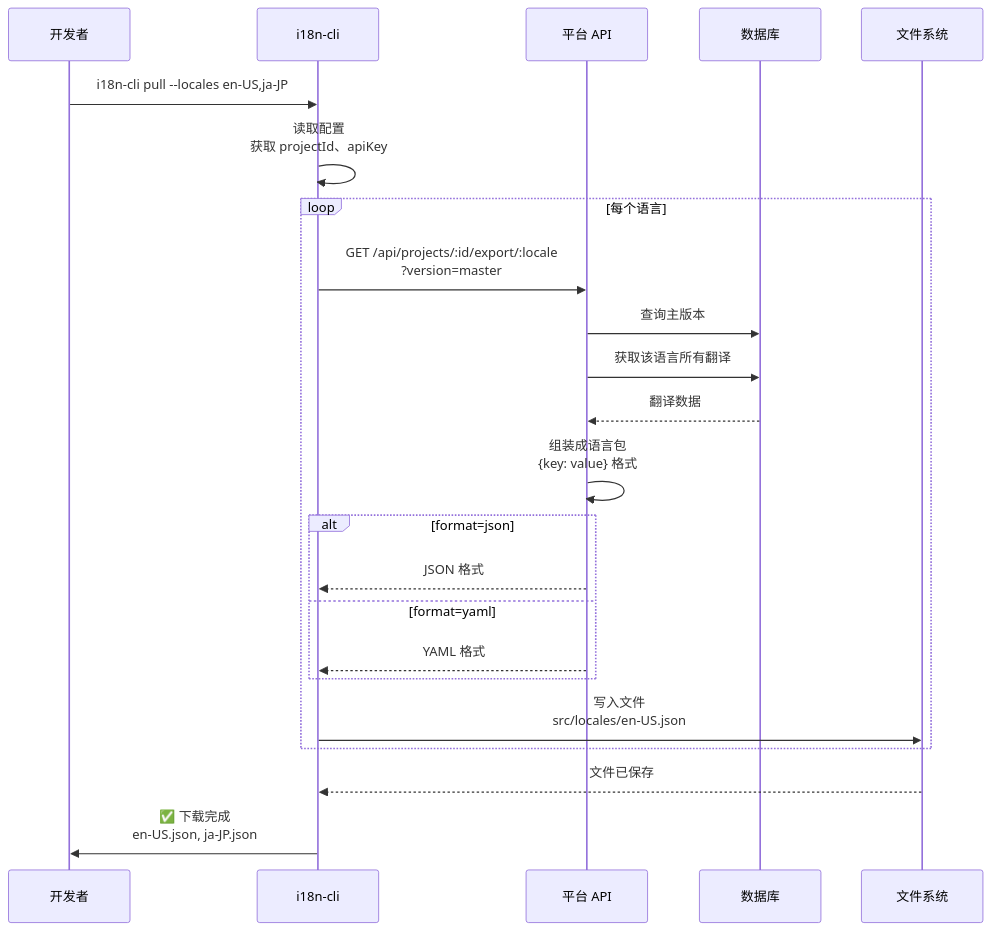
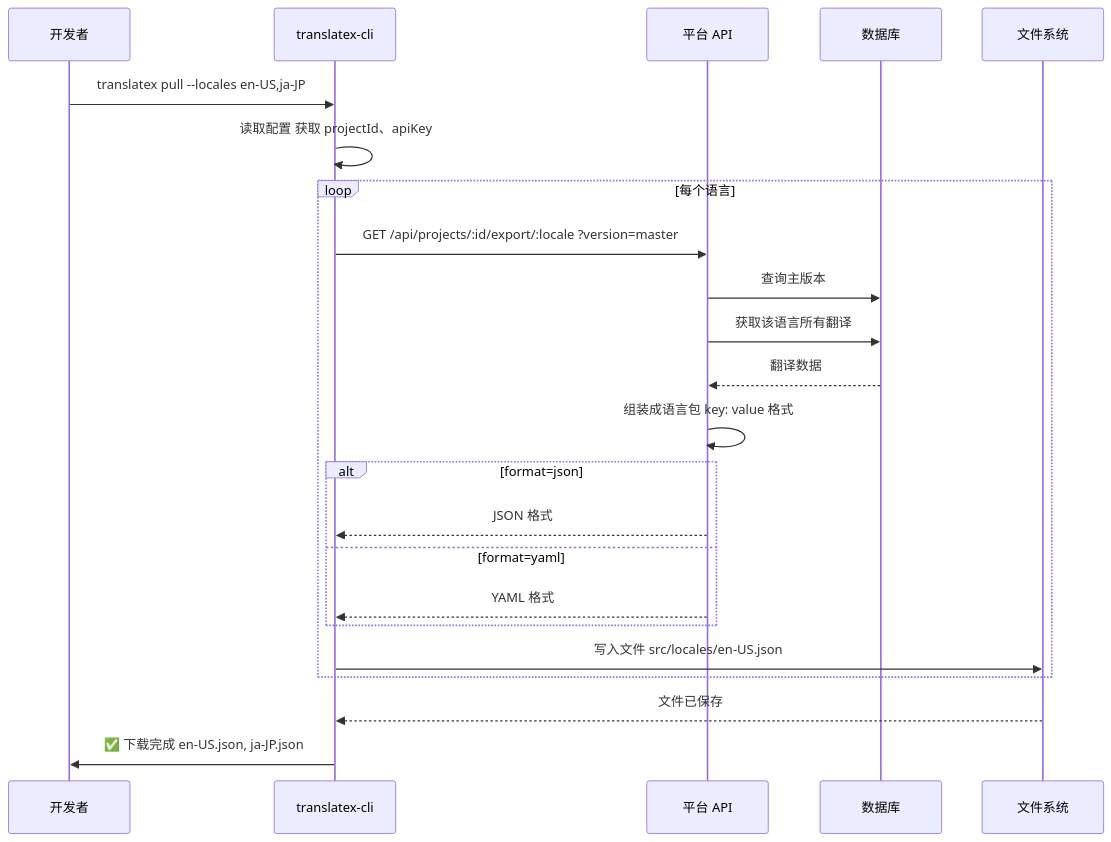
Before and after one commit to zhaotoday/translatex: the fifth of 19 diagrams in workflows-diagrams.md, drawn with Mermaid. The commit also changed other lines of this file and 5 other files, not shown here.

````diff
--- a/workflows-diagrams.md
+++ b/workflows-diagrams.md
@@ -141,31 +130,31 @@
 ```mermaid
 sequenceDiagram
     participant Dev as 开发者
-    participant CLI as i18n-cli
+    participant CLI as translatex-cli
     participant API as 平台 API
     participant DB as 数据库
     participant FS as 文件系统
     
-    Dev->>CLI: i18n-cli pull --locales en-US,ja-JP
-    CLI->>CLI: 读取配置<br/>获取 projectId、apiKey
+    Dev->>CLI: translatex pull --locales en-US,ja-JP
+    CLI->>CLI: 读取配置 获取 projectId、apiKey
     
     loop 每个语言
-        CLI->>API: GET /api/projects/:id/export/:locale<br/>?version=master
+        CLI->>API: GET /api/projects/:id/export/:locale ?version=master
         API->>DB: 查询主版本
         API->>DB: 获取该语言所有翻译
         
         DB-->>API: 翻译数据
-        API->>API: 组装成语言包<br/>{key: value} 格式
+        API->>API: 组装成语言包 key: value 格式
         
         alt format=json
             API-->>CLI: JSON 格式
         else format=yaml
             API-->>CLI: YAML 格式
         end
         
-        CLI->>FS: 写入文件<br/>src/locales/en-US.json
+        CLI->>FS: 写入文件 src/locales/en-US.json
     end
     
     FS-->>CLI: 文件已保存
-    CLI->>Dev: ✅ 下载完成<br/>en-US.json, ja-JP.json
+    CLI->>Dev: ✅ 下载完成 en-US.json, ja-JP.json
 ```
````
